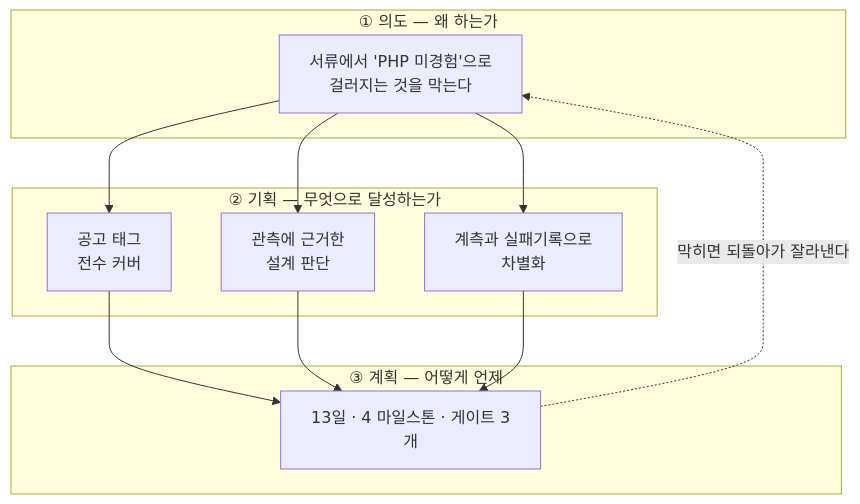
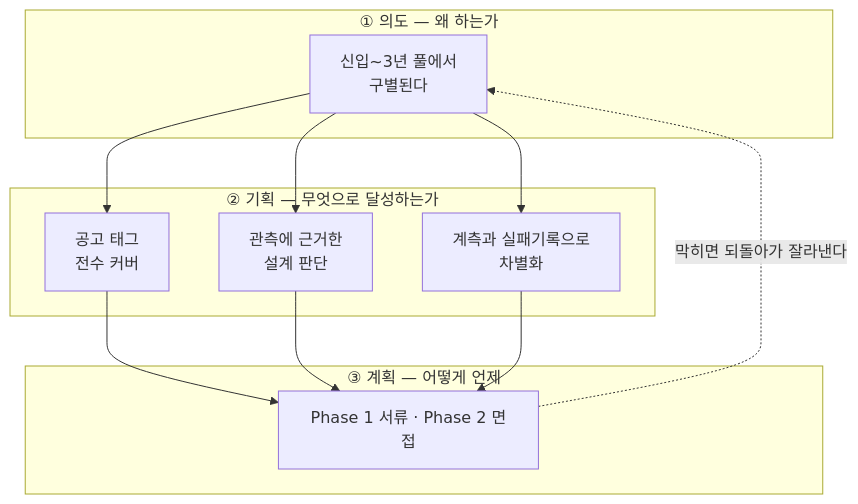
One commit to http1220/touchpoint changed the first of 8 diagrams in docs/roadmap.md. Above: the diagram before and after it, drawn with Mermaid. The commit also changed other lines of this file and 4 other files, not shown here.

````diff
--- a/docs/roadmap.md
+++ b/docs/roadmap.md
@@ -8,16 +8,16 @@
 ```mermaid
 flowchart TB
     subgraph L1["① 의도 — 왜 하는가"]
-        I["서류에서 'PHP 미경험'으로<br/>걸러지는 것을 막는다"]
+        I["신입~3년 풀에서<br/>구별된다"]
     end
     subgraph L2["② 기획 — 무엇으로 달성하는가"]
         S1["공고 태그<br/>전수 커버"]
         S2["관측에 근거한<br/>설계 판단"]
         S3["계측과 실패기록으로<br/>차별화"]
     end
     subgraph L3["③ 계획 — 어떻게 언제"]
-        P["13일 · 4 마일스톤 · 게이트 3개"]
+        P["Phase 1 서류 · Phase 2 면접"]
     end
     I --> S1 & S2 & S3 --> P
     P -. "막히면 되돌아가 잘라낸다" .-> I
 ```
````
